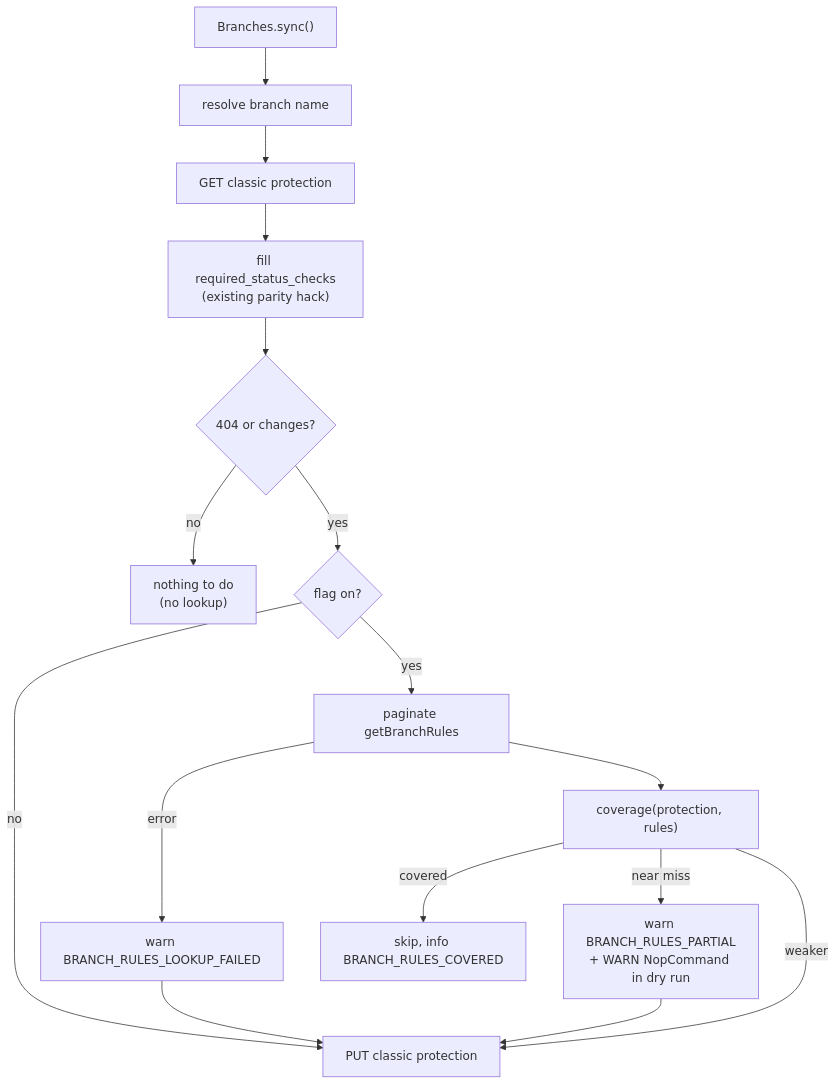
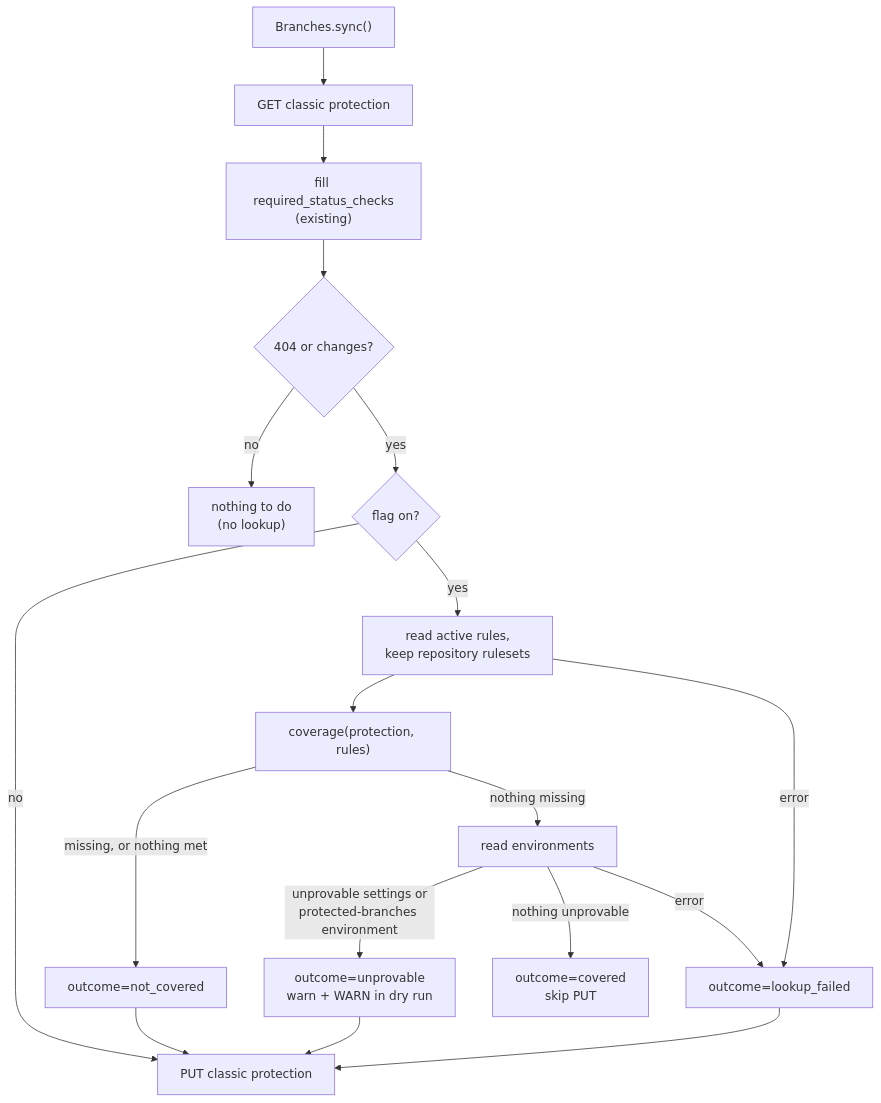
One commit to tomtom-forks/safe-settings changed the third of 3 diagrams in docs/sdlc/changes/2026-11-23-IDXART-899-ruleset-aware-branches/change-design.md. Above: the diagram before and after it, drawn with Mermaid. The commit also changed other lines of this file, not shown here.

````diff
--- a/docs/sdlc/changes/2026-11-23-IDXART-899-ruleset-aware-branches/change-design.md
+++ b/docs/sdlc/changes/2026-11-23-IDXART-899-ruleset-aware-branches/change-design.md
@@ -132,16 +156,18 @@
 ```mermaid
 flowchart TD
-  sync["Branches.sync()"] --> resolve["resolve branch name"]
-  resolve --> get["GET classic protection"]
-  get --> fill["fill required_status_checks<br/>(existing parity hack)"]
+  sync["Branches.sync()"] --> get["GET classic protection"]
+  get --> fill["fill required_status_checks<br/>(existing)"]
   fill --> diff{"404 or changes?"}
   diff -->|"no"| done["nothing to do<br/>(no lookup)"]
   diff -->|"yes"| flag{"flag on?"}
   flag -->|"no"| put["PUT classic protection"]
-  flag -->|"yes"| rules["paginate getBranchRules"]
-  rules -->|"error"| warnfail["warn BRANCH_RULES_LOOKUP_FAILED"] --> put
+  flag -->|"yes"| rules["read active rules,<br/>keep repository rulesets"]
   rules --> cov["coverage(protection, rules)"]
-  cov -->|"covered"| skip["skip, info BRANCH_RULES_COVERED"]
-  cov -->|"near miss"| partial["warn BRANCH_RULES_PARTIAL<br/>+ WARN NopCommand in dry run"] --> put
-  cov -->|"weaker"| put
+  cov -->|"missing, or nothing met"| nc["outcome=not_covered"] --> put
+  cov -->|"nothing missing"| env["read environments"]
+  env -->|"unprovable settings or<br/>protected-branches environment"| up["outcome=unprovable<br/>warn + WARN in dry run"] --> put
+  env -->|"nothing unprovable"| skip["outcome=covered<br/>skip PUT"]
+  rules -->|"error"| lf["outcome=lookup_failed"]
+  env -->|"error"| lf
+  lf --> put
 ```
````
